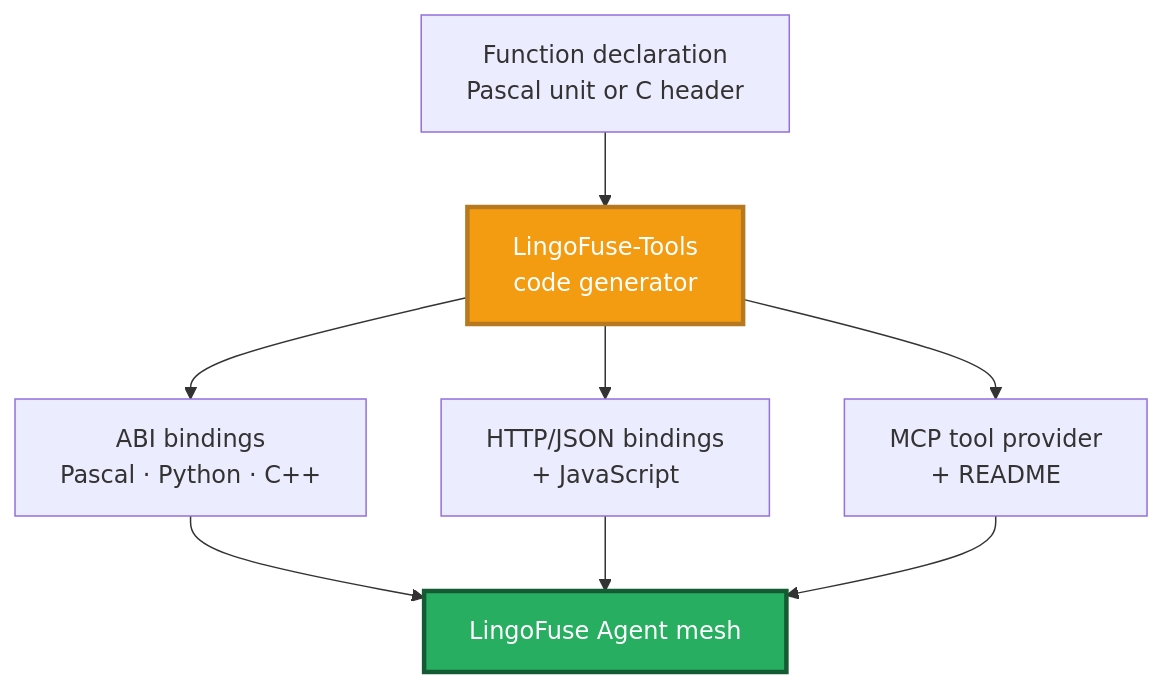
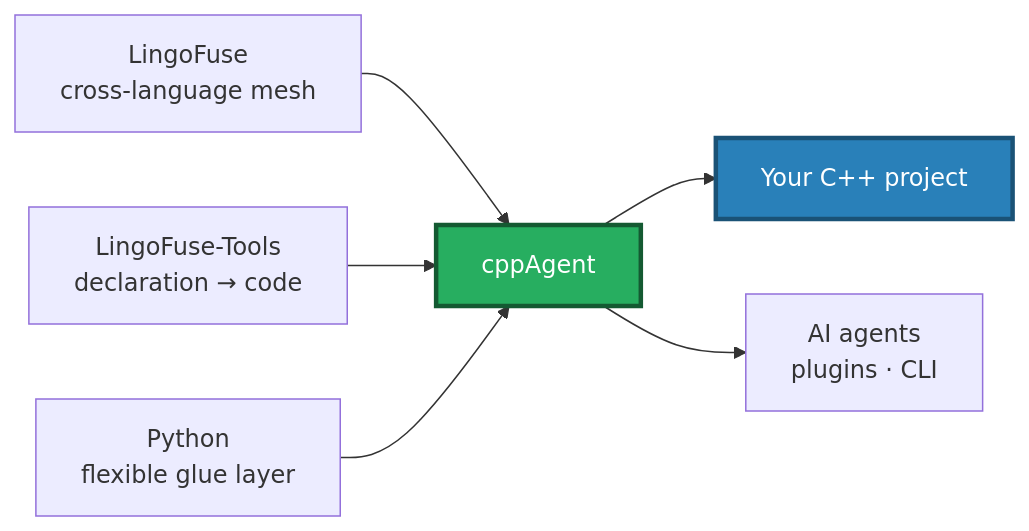
Before and after one commit to PassByYou888/LingoFuse-cppAgent: the first of 3 diagrams in readme.md, drawn with Mermaid. The commit also changed other lines of this file, not shown here.

````diff
--- a/readme.md
+++ b/readme.md
@@ -13,17 +15,16 @@
 ```mermaid
-flowchart TD
-    Decl["Function declaration<br/>Pascal unit or C header"]
-    Tools["LingoFuse-Tools<br/>code generator"]
-    Agent["LingoFuse Agent mesh"]
+flowchart LR
+    LF["LingoFuse<br/>cross-language mesh"]
+    Tools["LingoFuse-Tools<br/>declaration → code"]
+    Py["Python<br/>flexible glue layer"]
 
-    Decl --> Tools
-    Tools --> ABI["ABI bindings<br/>Pascal · Python · C++"]
-    Tools --> JSON["HTTP/JSON bindings<br/>+ JavaScript"]
-    Tools --> MCP["MCP tool provider<br/>+ README"]
-    ABI --> Agent
-    JSON --> Agent
-    MCP --> Agent
+    LF --> Agent["cppAgent"]
+    Tools --> Agent
+    Py --> Agent
 
-    style Tools fill:#F39C12,stroke:#B7791F,stroke-width:3px,color:#FFFFFF
+    Agent --> Cpp["Your C++ project"]
+    Agent --> Users["AI agents<br/>plugins · CLI"]
+
     style Agent fill:#27AE60,stroke:#145A32,stroke-width:3px,color:#FFFFFF
+    style Cpp fill:#2980B9,stroke:#1A5276,stroke-width:3px,color:#FFFFFF
 ```
````
